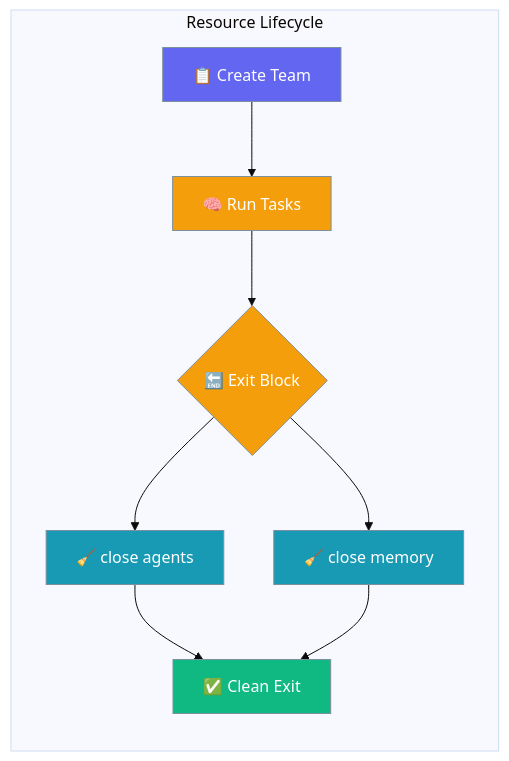
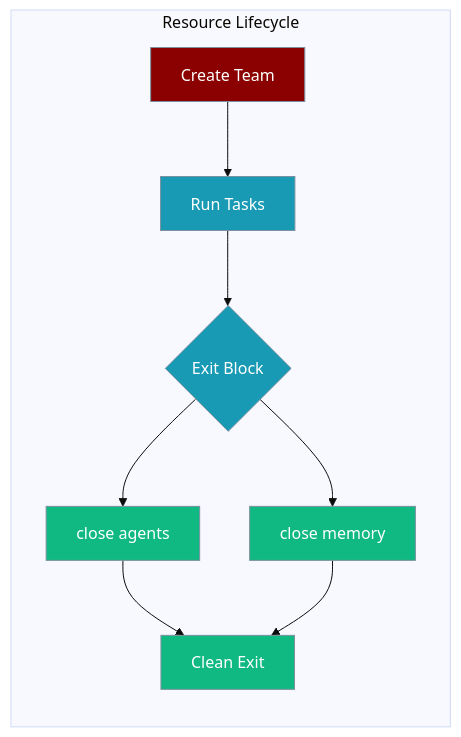
Before and after one commit to MervinPraison/PraisonAIDocs: the first of 2 diagrams in docs/features/resource-lifecycle.mdx, drawn with Mermaid (base theme). The commit also changed other lines of this file and 4 other files, not shown here.

````diff
--- a/docs/features/resource-lifecycle.mdx
+++ b/docs/features/resource-lifecycle.mdx
@@ -10,21 +22,19 @@
 ```mermaid
 graph LR
     subgraph "Resource Lifecycle"
-        A[📋 Create Team] --> B[🧠 Run Tasks]
-        B --> C{🔚 Exit Block}
-        C --> D[🧹 close agents]
-        C --> E[🧹 close memory]
-        D --> F[✅ Clean Exit]
+        A[Create Team] --> B[Run Tasks]
+        B --> C{Exit Block}
+        C --> D[close agents]
+        C --> E[close memory]
+        D --> F[Clean Exit]
         E --> F
     end
 
-    classDef input fill:#6366F1,stroke:#7C90A0,color:#fff
-    classDef process fill:#F59E0B,stroke:#7C90A0,color:#fff
-    classDef cleanup fill:#189AB4,stroke:#7C90A0,color:#fff
+    classDef agent fill:#8B0000,stroke:#7C90A0,color:#fff
+    classDef tool fill:#189AB4,stroke:#7C90A0,color:#fff
     classDef output fill:#10B981,stroke:#7C90A0,color:#fff
 
-    class A input
-    class B,C process
-    class D,E cleanup
-    class F output
+    class A agent
+    class B,C tool
+    class D,E,F output
 ```
````
